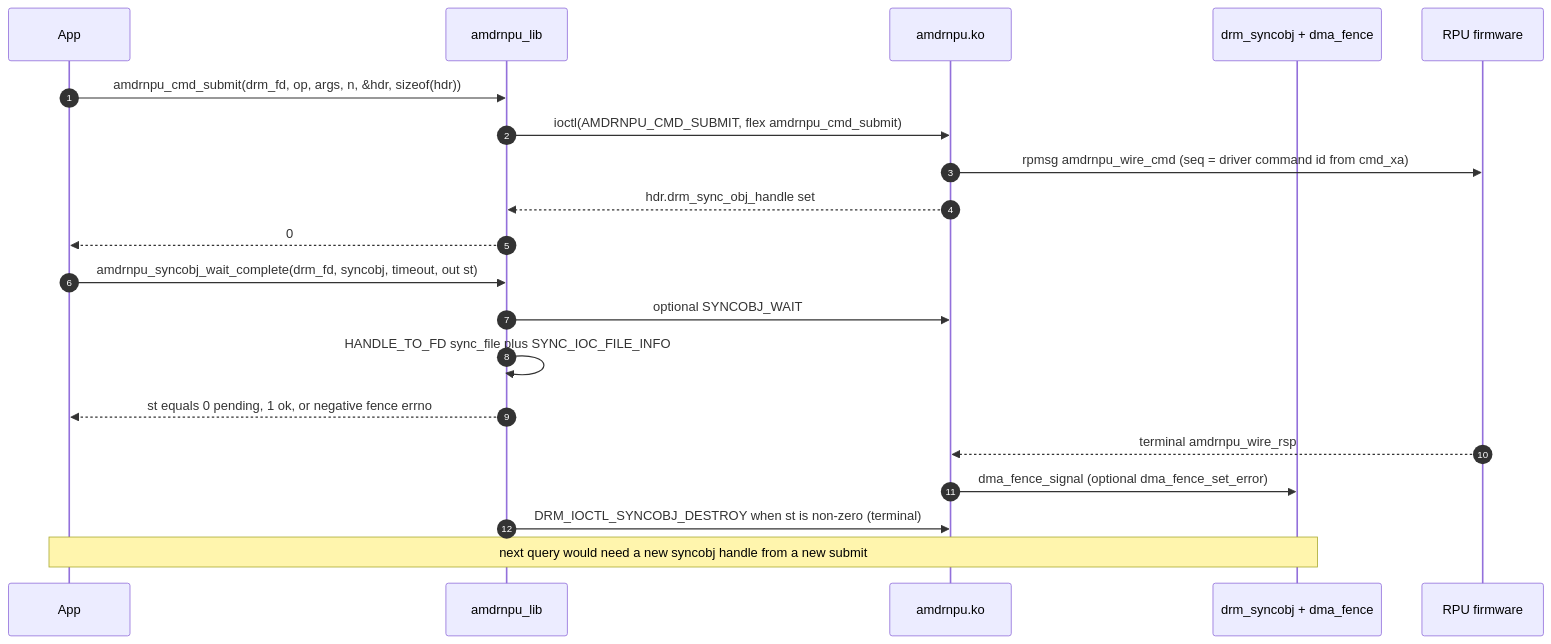
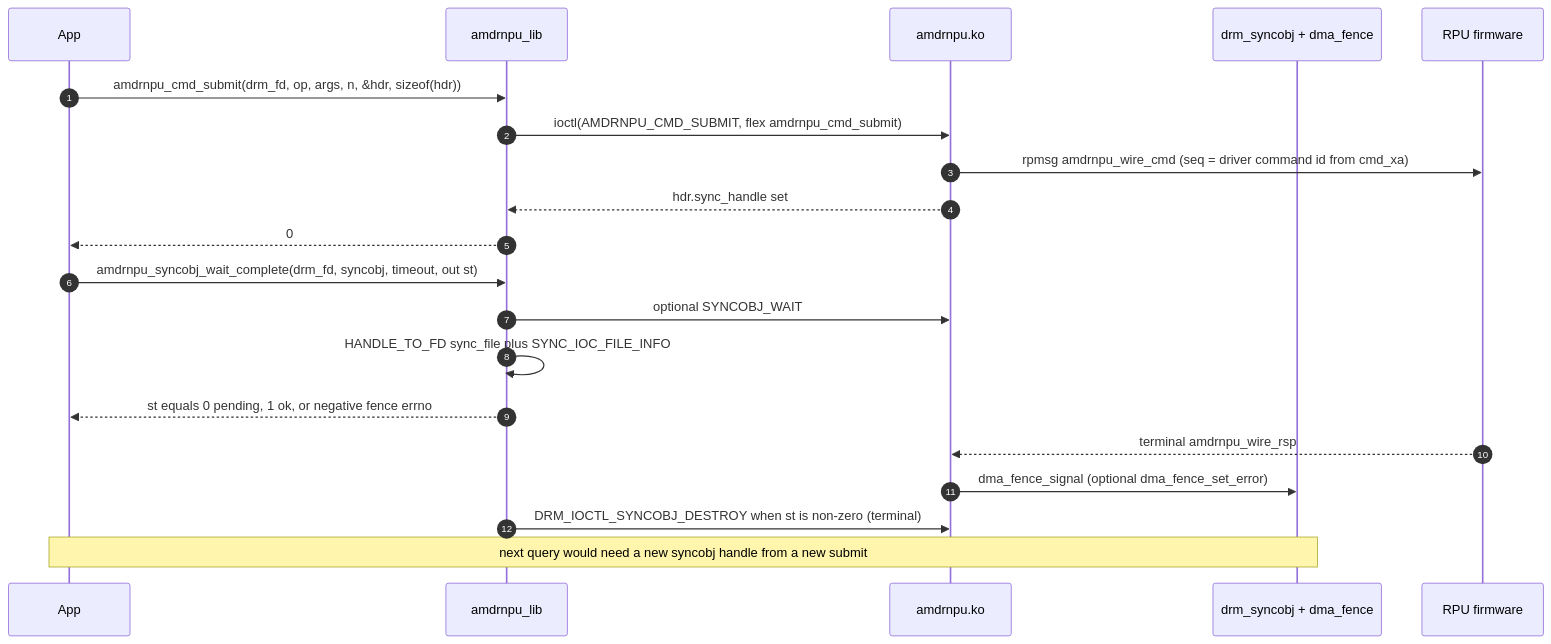
One commit to Xilinx/amdrnpu changed the second of 3 diagrams in docs/lib-userspace-flow.md. Above: the diagram before and after it, drawn with Mermaid. The commit also changed other lines of this file and 13 other files, not shown here.

````diff
--- a/docs/lib-userspace-flow.md
+++ b/docs/lib-userspace-flow.md
@@ -101,25 +101,25 @@
 ```mermaid
 sequenceDiagram
     autonumber
     participant App
     participant Lib as amdrnpu_lib
     participant K as amdrnpu.ko
     participant SO as drm_syncobj + dma_fence
     participant RPU as RPU firmware
 
     App->>Lib: amdrnpu_cmd_submit(drm_fd, op, args, n, &hdr, sizeof(hdr))
     Lib->>K: ioctl(AMDRNPU_CMD_SUBMIT, flex amdrnpu_cmd_submit)
     K->>RPU: rpmsg amdrnpu_wire_cmd (seq = driver command id from cmd_xa)
-    K-->>Lib: hdr.drm_sync_obj_handle set
+    K-->>Lib: hdr.sync_handle set
     Lib-->>App: 0
 
     App->>Lib: amdrnpu_syncobj_wait_complete(drm_fd, syncobj, timeout, out st)
     Lib->>K: optional SYNCOBJ_WAIT
     Lib->>Lib: HANDLE_TO_FD sync_file plus SYNC_IOC_FILE_INFO
     Lib-->>App: st equals 0 pending, 1 ok, or negative fence errno
 
     RPU-->>K: terminal amdrnpu_wire_rsp
     K->>SO: dma_fence_signal (optional dma_fence_set_error)
     Lib->>K: DRM_IOCTL_SYNCOBJ_DESTROY when st is non-zero (terminal)
     Note over App,SO: next query would need a new syncobj handle from a new submit
 ```
````
